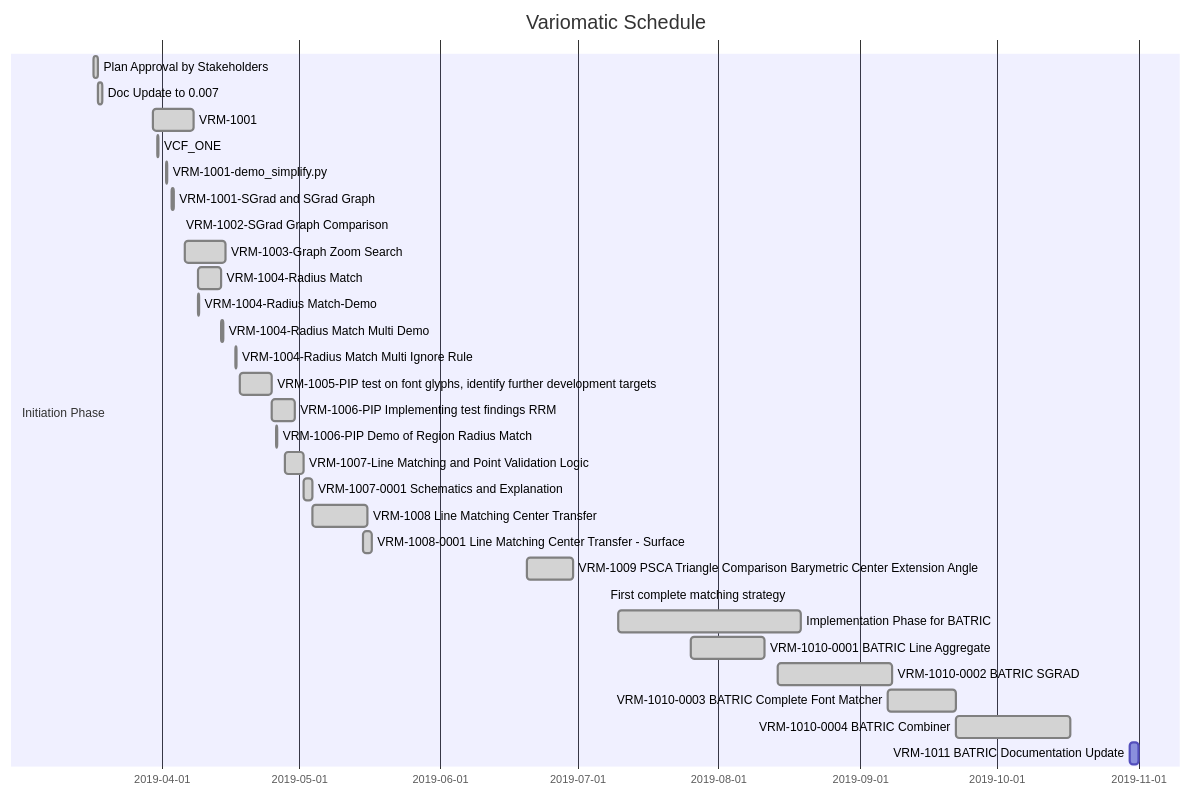
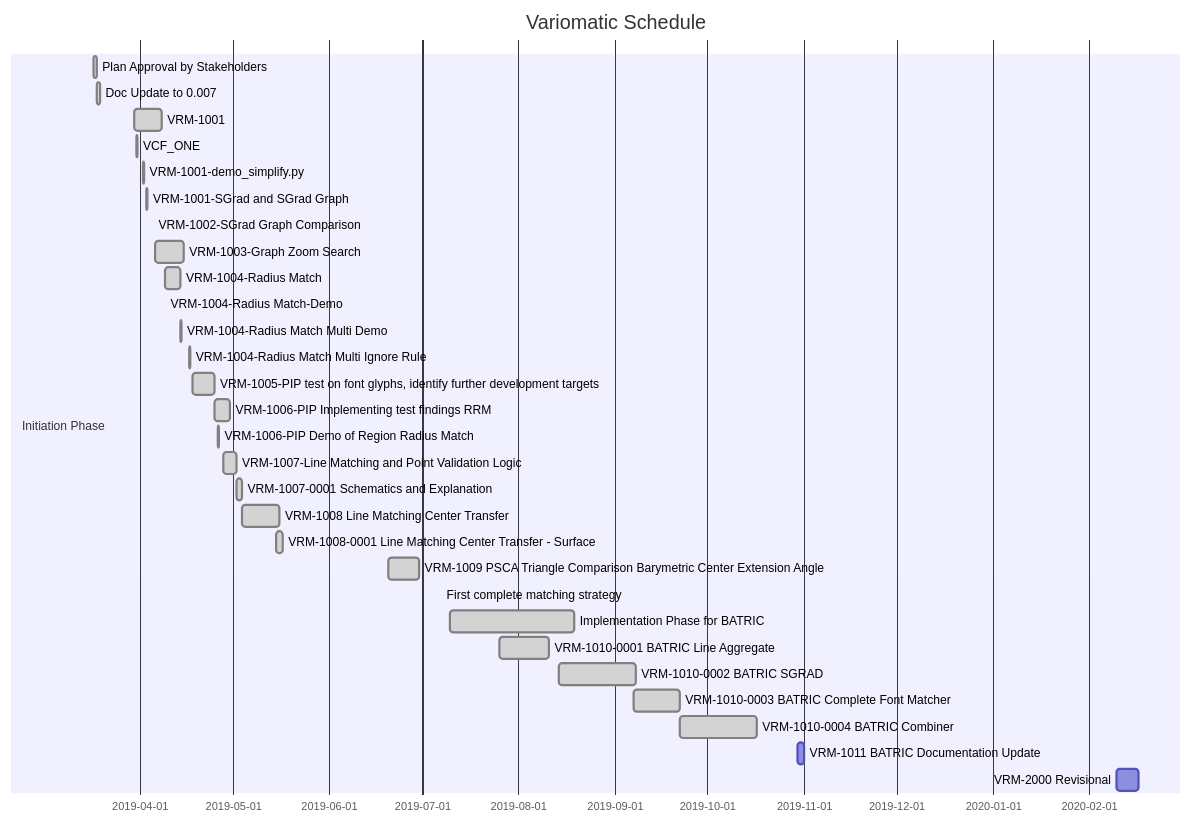
One commit to VivaRado/variomatic changed the diagram in README/partials/introduction/phase_introduction/planning_phase/safe_planning/schedule_planning.md. Above: the diagram before and after it, drawn with Mermaid. The commit also changed other lines of this file and 146 other files, not shown here.

````diff
--- a/README/partials/introduction/phase_introduction/planning_phase/safe_planning/schedule_planning.md
+++ b/README/partials/introduction/phase_introduction/planning_phase/safe_planning/schedule_planning.md
@@ -6,34 +6,35 @@
 ```mermaid
 gantt
     dateFormat  YYYY-MM-DD
     title Variomatic Schedule
     section Initiation Phase
     Plan Approval by Stakeholders:                                                 done, des1, 2019-03-17,1d
     Doc Update to 0.007:                                                           done, des2, 2019-03-18, 1d
     VRM-1001:                                                                      done, des5, 2019-03-30,2019-04-08
     VCF_ONE:                                                                       done, des6, 2019-03-31, 4h
     VRM-1001-demo_simplify.py:                                                     done, des7, 2019-04-02,5h
     VRM-1001-SGrad and SGrad Graph:                                                done, des7, 2019-04-03,12h
     VRM-1002-SGrad Graph Comparison:                                               done, des7, 2019-04-05,3h
     VRM-1003-Graph Zoom Search:                                                    done, des8, 2019-04-06,2019-04-15
     VRM-1004-Radius Match:                                                         done, des9, 2019-04-09,5d
     VRM-1004-Radius Match-Demo:                                                    done, des10, 2019-04-09,4h
     VRM-1004-Radius Match Multi Demo:                                              done, des11, 2019-04-14,8h
     VRM-1004-Radius Match Multi Ignore Rule:                                       done, des12, 2019-04-17,8h
     VRM-1005-PIP test on font glyphs, identify further development targets:        done, des13, 2019-04-18,2019-04-25
     VRM-1006-PIP Implementing test findings RRM:                                   done, des14, 2019-04-25,2019-04-30
     VRM-1006-PIP Demo of Region Radius Match:                                      done, des14, 2019-04-26, 8h
     VRM-1007-Line Matching and Point Validation Logic:                             done, des15, 2019-04-28, 2019-05-02
     VRM-1007-0001 Schematics and Explanation:                                      done, des16, after des15, 2d
     VRM-1008 Line Matching Center Transfer:                                        done, des17, after des16, 12d
     VRM-1008-0001 Line Matching Center Transfer - Surface:                         done, des18, 2019-05-15, 2d
     VRM-1009 PSCA Triangle Comparison Barymetric Center Extension Angle:           done, des19, 2019-06-20, 10d
     First complete matching strategy:                                              done, des21, 2019-07-07, 4h
     Implementation Phase for BATRIC:                                               done, des22, 2019-07-10, 40d
     VRM-1010-0001 BATRIC Line Aggregate:                                           done, des23, 2019-07-26, 16d
     VRM-1010-0002 BATRIC SGRAD:                                                    done, des24, 2019-08-14, 25d
     VRM-1010-0003 BATRIC Complete Font Matcher:                                    done, des25, 2019-09-07, 15d
     VRM-1010-0004 BATRIC Combiner:                                                 done, des26, 2019-09-22, 25d
     VRM-1011 BATRIC Documentation Update:                                                des27, 2019-10-30, 2d
+    VRM-2000 Revisional:                                                                 des28, 2020-02-10, 7d
 
 ```
````
